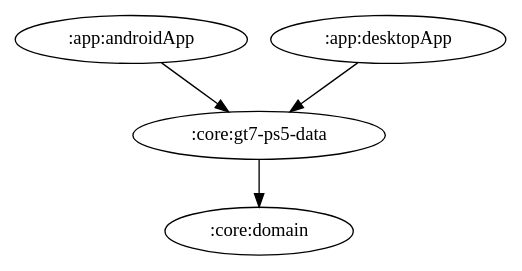
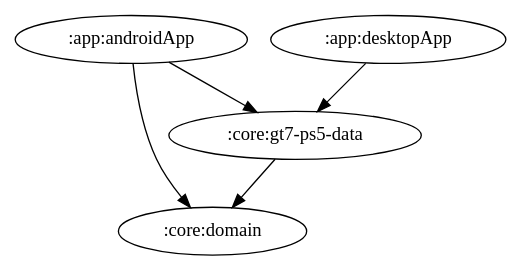
Before and after one commit to ai-kurou/KoDriver: the diagram in docs/graphs/core-gt7-ps5-data.gv, drawn with Graphviz. The commit also changed 9 other files, not shown here.

Commit message:
chore: update module graph images

```diff
--- a/docs/graphs/core-gt7-ps5-data.gv
+++ b/docs/graphs/core-gt7-ps5-data.gv
@@ -1,6 +1,7 @@
 digraph G {
   rankdir=TB
+  ":app:androidApp" -> ":core:domain"
   ":app:androidApp" -> ":core:gt7-ps5-data"
   ":app:desktopApp" -> ":core:gt7-ps5-data"
   ":core:gt7-ps5-data" -> ":core:domain"
 }
```
